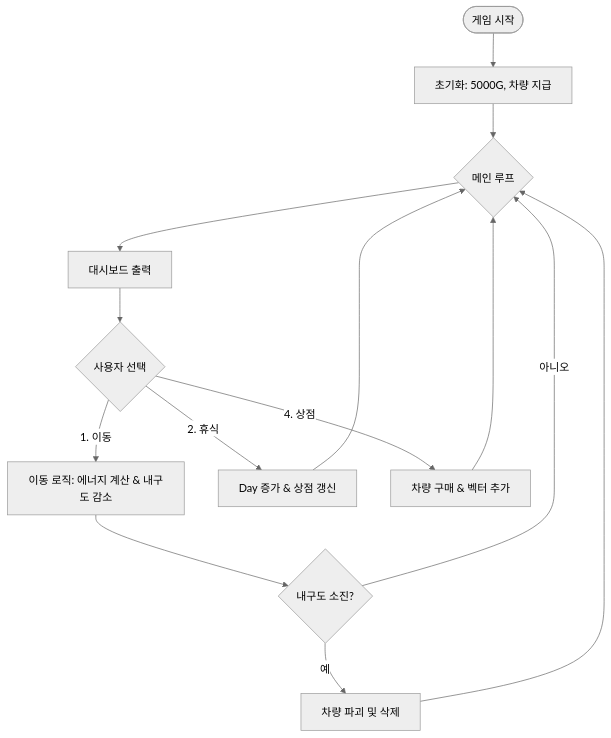
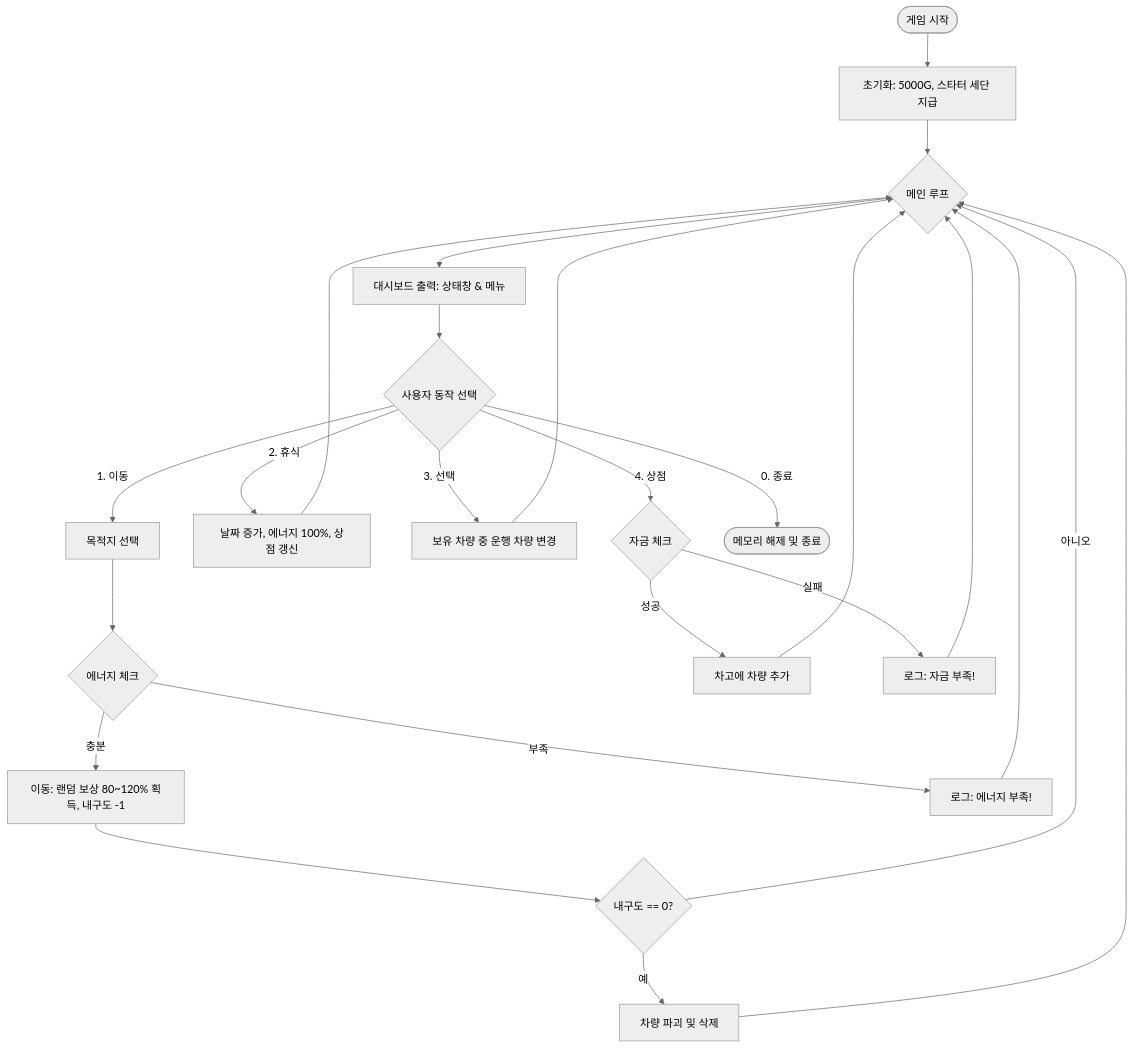
The second of 2 diagrams in DOCS/01_Overview.md (iamfreakin/PolyDrive), drawn with Mermaid (neutral theme) before and after one commit.

````diff
--- a/DOCS/01_Overview.md
+++ b/DOCS/01_Overview.md
@@ -53,16 +53,24 @@
 ```mermaid
 graph TD
-    Start([게임 시작]) --> Init[초기화: 5000G, 차량 지급]
+    Start([게임 시작]) --> Init[초기화: 5000G, 스타터 세단 지급]
     Init --> Loop{메인 루프}
     
-    Loop --> UI[대시보드 출력]
-    UI --> Input{사용자 선택}
+    Loop --> UI[대시보드 출력: 상태창 & 메뉴]
+    UI --> Input{사용자 동작 선택}
     
-    Input -- 1. 이동 --> Travel[이동 로직: 에너지 계산 & 내구도 감소]
-    Travel --> DurCheck{내구도 소진?}
-    DurCheck -- 예 --> Destroy[차량 파괴 및 삭제] --> Loop
-    DurCheck -- 아니오 --> Loop
+    Input -- 1. 이동 --> Route[목적지 선택]
+    Route --> Energy{에너지 체크}
+    Energy -- 충분 --> Drive[이동: 랜덤 보상 80~120% 획득, 내구도 -1]
+    Energy -- 부족 --> Log[로그: 에너지 부족!] --> Loop
+    Drive --> Destroyed{내구도 == 0?}
+    Destroyed -- 예 --> Scrap[차량 파괴 및 삭제] --> Loop
+    Destroyed -- 아니오 --> Loop
 
-    Input -- 2. 휴식 --> Rest[Day 증가 & 상점 갱신] --> Loop
-    Input -- 4. 상점 --> Shop[차량 구매 & 벡터 추가] --> Loop
+    Input -- 2. 휴식 --> Refill[날짜 증가, 에너지 100%, 상점 갱신] --> Loop
+    Input -- 3. 선택 --> Garage[보유 차량 중 운행 차량 변경] --> Loop
+    Input -- 4. 상점 --> Buy{자금 체크}
+    Buy -- 성공 --> AddGarage[차고에 차량 추가] --> Loop
+    Buy -- 실패 --> Log2[로그: 자금 부족!] --> Loop
+
+    Input -- 0. 종료 --> End([메모리 해제 및 종료])
 ```
````
